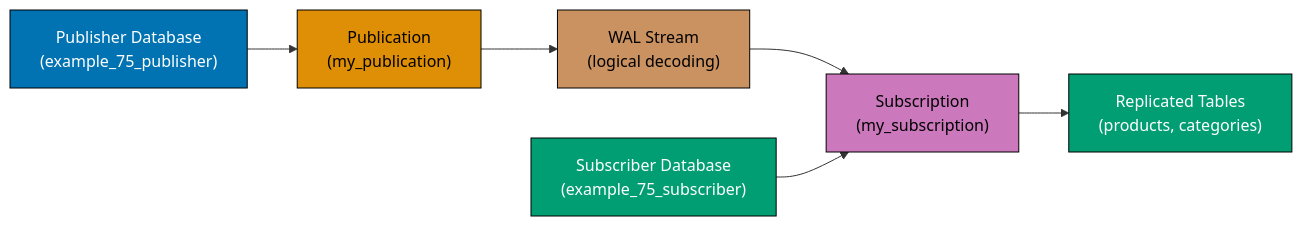
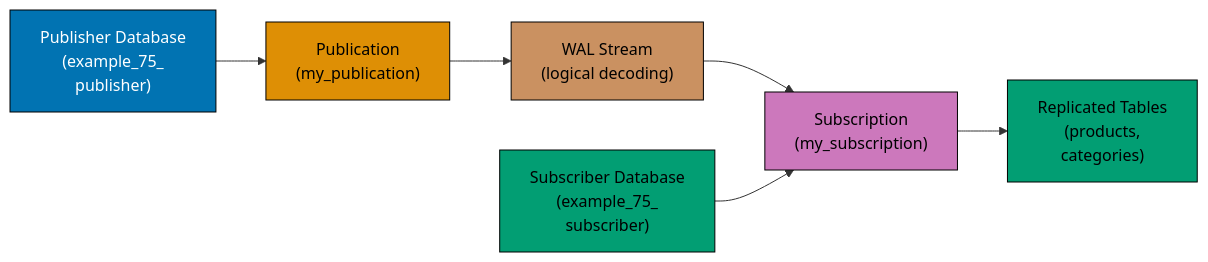
Before and after one commit to wahidyankf/ose-public: the eighth of 10 diagrams in apps/ayokoding-www/content/en/learn/legacy/software-engineering/data/databases/postgresql/by-example/advanced.md, drawn with Mermaid. The commit also changed other lines of this file and 131 other files, not shown here.

First line of the commit message:
fix(mermaid): bring the legacy data, infrastructure, and testing diagrams onto the accessible palette

````diff
--- a/apps/ayokoding-www/content/en/learn/legacy/software-engineering/data/databases/postgresql/by-example/advanced.md
+++ b/apps/ayokoding-www/content/en/learn/legacy/software-engineering/data/databases/postgresql/by-example/advanced.md
@@ -3130,23 +3182,31 @@
 ```mermaid
 %% Color Palette: Blue #0173B2, Orange #DE8F05, Teal #029E73, Purple #CC78BC, Brown #CA9161
 graph LR
-    A["Publisher Database<br/>(example_75_publisher)"]
+    accTitle: Example 75: Logical Replication Basics
+    accDescr: Graph with 6 nodes and 5 connections. Nodes: Publisher Database (example_75_ publisher), Publication (my_publication), WAL Stream (logical decoding), Subscriber Database (example_75_ subscriber), Subscription (my_subscription), Replicated Tables (products, categories). Connections: Publisher Database (example_75_ publisher) to Publication (my_publication), Publication (my_publication) to WAL Stream (logical decoding), WAL Stream (logical decoding) to Subscription (my_subscription), Subscriber Database (example_75_ subscriber) to Subscription (my_subscription), Subscription (my_subscription) to Replicated Tables (products, categories).
+    A["Publisher Database<br/>(example_75_<br/>publisher)"]
     B["Publication<br/>(my_publication)"]
     C["WAL Stream<br/>(logical decoding)"]
-    D["Subscriber Database<br/>(example_75_subscriber)"]
+    D["Subscriber Database<br/>(example_75_<br/>subscriber)"]
     E["Subscription<br/>(my_subscription)"]
-    F["Replicated Tables<br/>(products, categories)"]
+    F["Replicated Tables<br/>(products,<br/>categories)"]
 
     A --> B
     B --> C
     C --> E
     D --> E
     E --> F
 
-    style A fill:#0173B2,stroke:#000,color:#fff
-    style B fill:#DE8F05,stroke:#000,color:#000
-    style C fill:#CA9161,stroke:#000,color:#000
-    style D fill:#029E73,stroke:#000,color:#fff
-    style E fill:#CC78BC,stroke:#000,color:#000
-    style F fill:#029E73,stroke:#000,color:#fff
+    classDef pal-0173B2 fill:#0173B2,stroke:#000000,color:#FFFFFF
+    class A pal-0173B2
+    classDef pal-DE8F05 fill:#DE8F05,stroke:#000000,color:#000000
+    class B pal-DE8F05
+    classDef pal-CA9161 fill:#CA9161,stroke:#000000,color:#000000
+    class C pal-CA9161
+    classDef pal-029E73 fill:#029E73,stroke:#000000,color:#000000
+    class D pal-029E73
+    classDef pal-CC78BC fill:#CC78BC,stroke:#000000,color:#000000
+    class E pal-CC78BC
+    class F pal-029E73
+    classDef default fill:#FFFFFF,stroke:#000000,color:#000000
 ```
````
